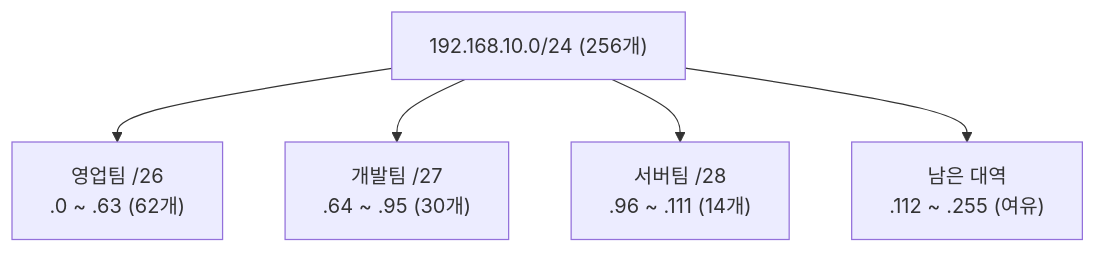
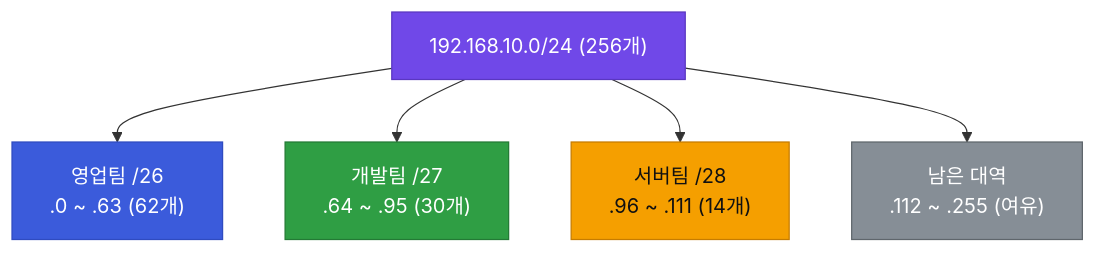
The first of 2 diagrams in 26-09-ai-security-automation-bootcamp/05-instructor-prep/docs/subject-2-network-zt/day02/lecture1.md (welovecherry/jm-teaching-material), drawn with Mermaid before and after one commit. The commit also changed other lines of this file and 7 other files, not shown here.

First line of the commit message:
feat: Mermaid 컬러화(역할별 색) + 다이어그램 5개 추가 + 어려운 퀴즈 3종 데모

````diff
--- a/26-09-ai-security-automation-bootcamp/05-instructor-prep/docs/subject-2-network-zt/day02/lecture1.md
+++ b/26-09-ai-security-automation-bootcamp/05-instructor-prep/docs/subject-2-network-zt/day02/lecture1.md
@@ -118,7 +118,17 @@
 ```mermaid
 flowchart TD
     A["192.168.10.0/24 (256개)"] --> B["영업팀 /26<br/>.0 ~ .63 (62개)"]
     A --> C["개발팀 /27<br/>.64 ~ .95 (30개)"]
     A --> D["서버팀 /28<br/>.96 ~ .111 (14개)"]
     A --> E["남은 대역<br/>.112 ~ .255 (여유)"]
+    classDef parent fill:#7048e8,stroke:#5a37c0,color:#fff
+    classDef t1 fill:#3b5bdb,stroke:#2f4bc0,color:#fff
+    classDef t2 fill:#2f9e44,stroke:#237a35,color:#fff
+    classDef t3 fill:#f59f00,stroke:#c67c00,color:#111
+    classDef free fill:#868e96,stroke:#5f666c,color:#fff
+    class A parent
+    class B t1
+    class C t2
+    class D t3
+    class E free
 ```
````
